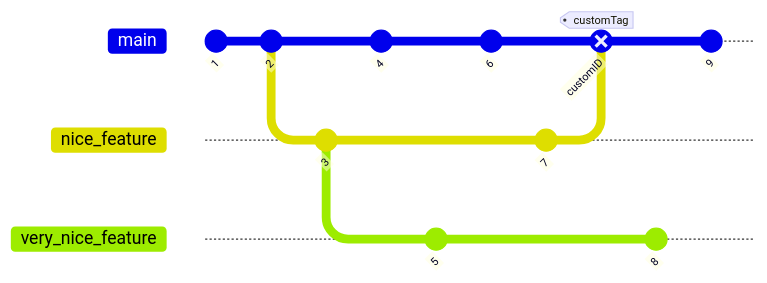
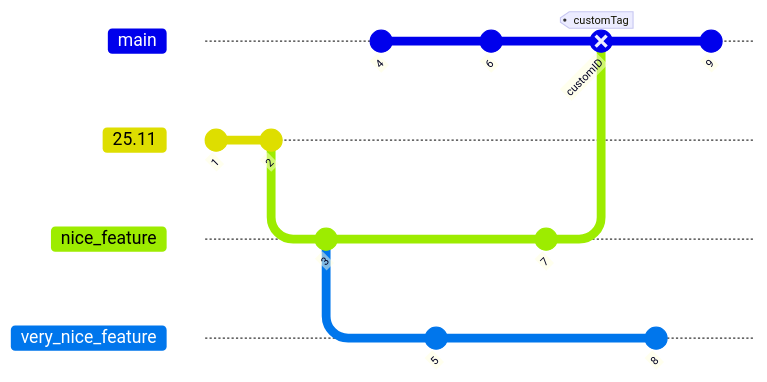
The second of 2 diagrams in dev/development-timeline.md (spectrum-health-systems/tingen-documentation), drawn with Mermaid before and after one commit.

````diff
--- a/dev/development-timeline.md
+++ b/dev/development-timeline.md
@@ -57,24 +57,25 @@
 ```mermaid
 gitGraph
+       branch "25.11"
        commit id: "1"
        commit id: "2"
        branch nice_feature
        checkout nice_feature
        commit id: "3"
        checkout main
        commit id: "4"
        checkout nice_feature
        branch very_nice_feature
        checkout very_nice_feature
        commit id: "5"
        checkout main
        commit id: "6"
        checkout nice_feature
        commit id: "7"
        checkout main
        merge nice_feature id: "customID" tag: "customTag" type: REVERSE
        checkout very_nice_feature
        commit id: "8"
        checkout main
        commit id: "9"
 ```
````
